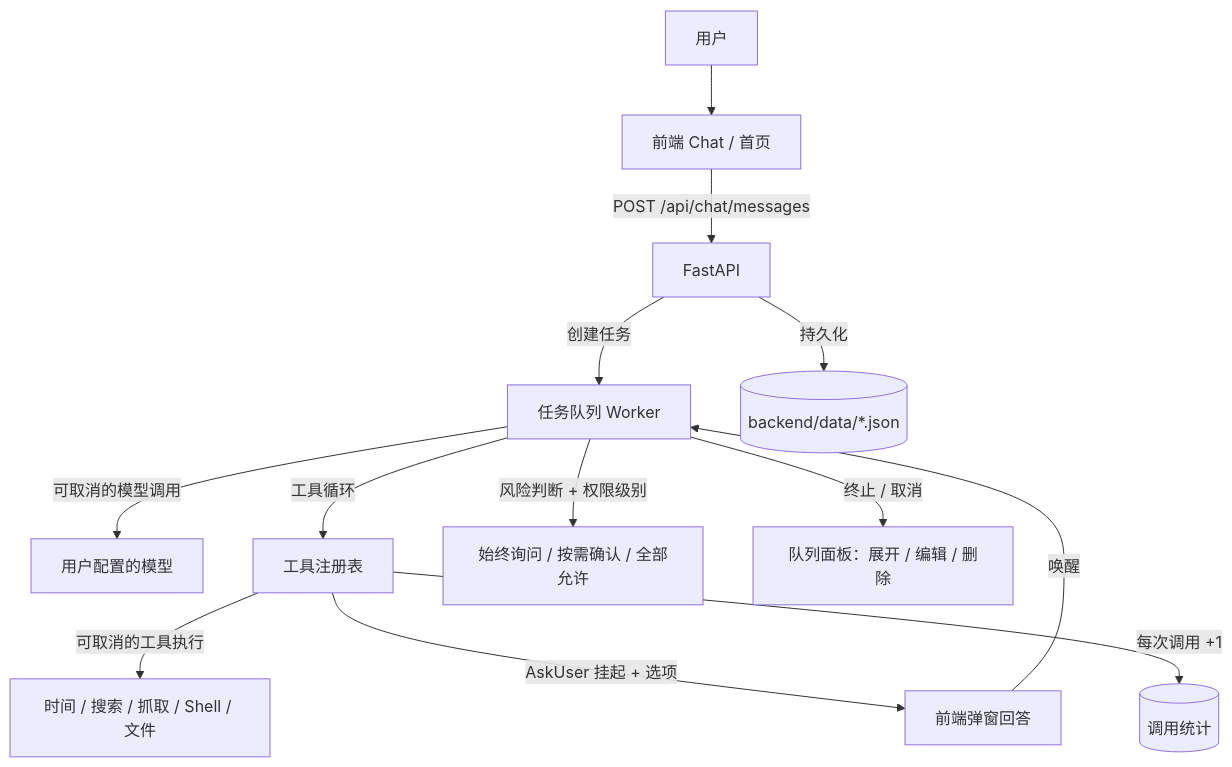
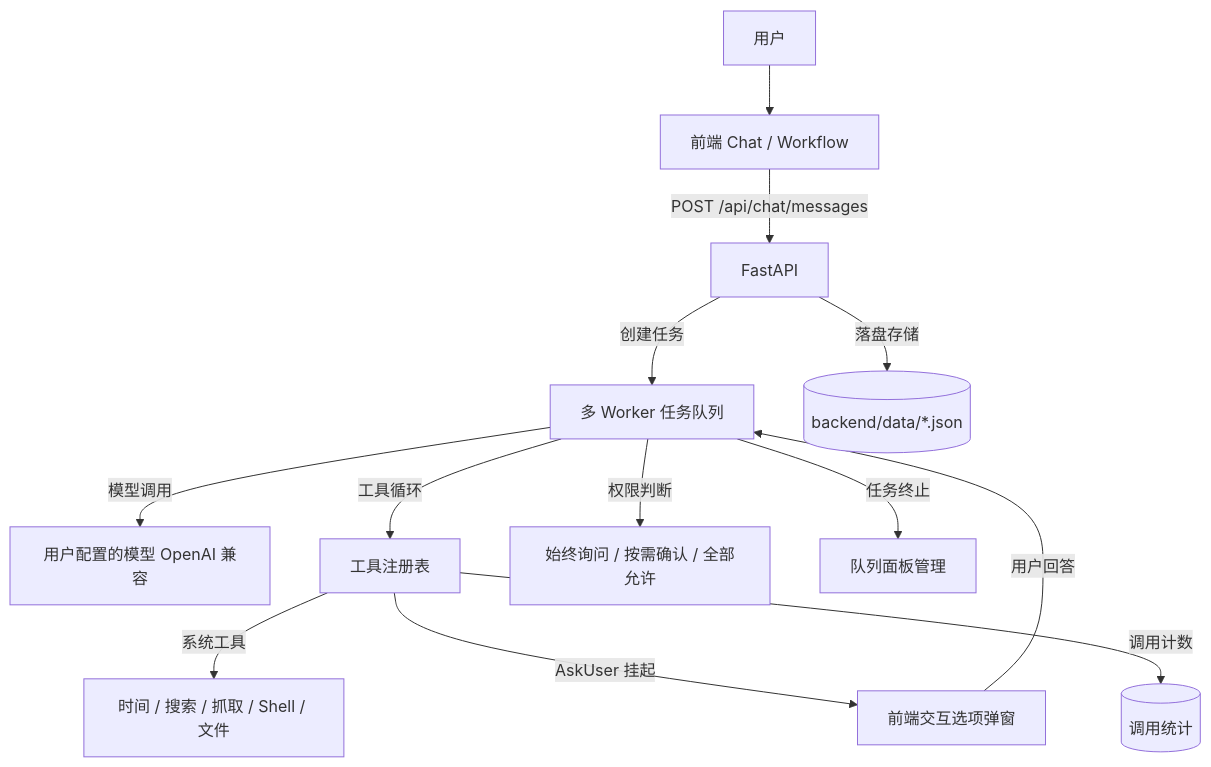
One commit to Wukeeeeee/JIGSAW changed the diagram in README.md. Above: the diagram before and after it, drawn with Mermaid. The commit also changed other lines of this file and 20 other files, not shown here.

````diff
--- a/README.md
+++ b/README.md
@@ -41,15 +70,15 @@
 ```mermaid
 graph TD
-    U[用户] --> F[前端 Chat / 首页]
+    U[用户] --> F[前端 Chat / Workflow]
     F -->|POST /api/chat/messages| API[FastAPI]
-    API -->|创建任务| Q[任务队列 Worker]
-    Q -->|可取消的模型调用| LLM[用户配置的模型]
+    API -->|创建任务| Q[多 Worker 任务队列]
+    Q -->|模型调用| LLM[用户配置的模型 OpenAI 兼容]
     Q -->|工具循环| T[工具注册表]
-    T -->|可取消的工具执行| S[时间 / 搜索 / 抓取 / Shell / 文件]
-    T -->|AskUser 挂起 + 选项| F2[前端弹窗回答]
-    F2 -->|唤醒| Q
-    Q -->|风险判断 + 权限级别| P[始终询问 / 按需确认 / 全部允许]
-    Q -->|终止 / 取消| F3[队列面板：展开 / 编辑 / 删除]
-    T -->|每次调用 +1| ST[(调用统计)]
-    API -->|持久化| D[(backend/data/*.json)]
+    T -->|系统工具| S[时间 / 搜索 / 抓取 / Shell / 文件]
+    T -->|AskUser 挂起| F2[前端交互选项弹窗]
+    F2 -->|用户回答| Q
+    Q -->|权限判断| P[始终询问 / 按需确认 / 全部允许]
+    Q -->|任务终止| F3[队列面板管理]
+    T -->|调用计数| ST[(调用统计)]
+    API -->|落盘存储| D[(backend/data/*.json)]
 ```
````
